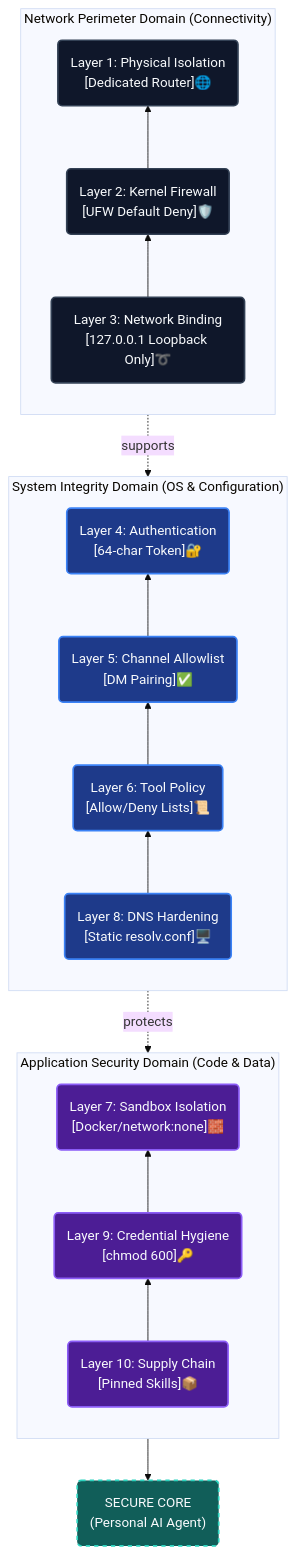
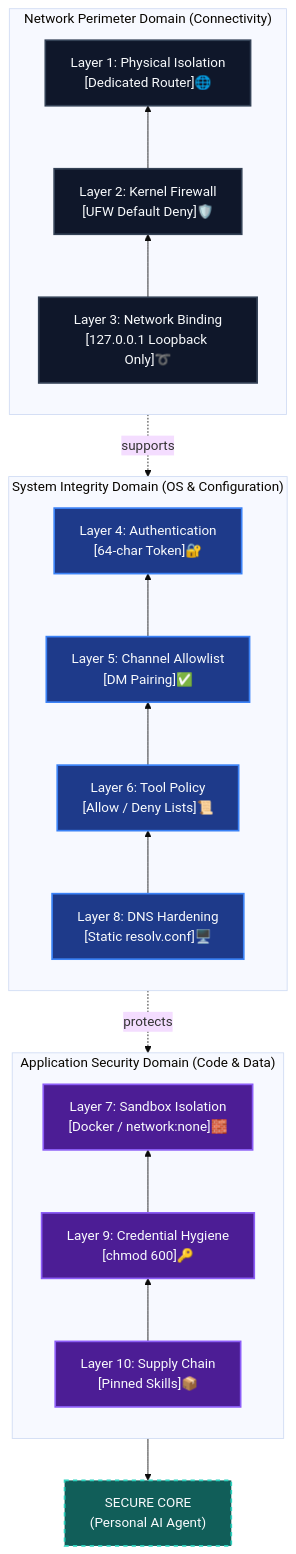
Before and after one commit to vishal8shah/openclaw-personal-ai-agent: the first of 3 diagrams in docs-site/docs/security.md, drawn with Mermaid (base theme).

Commit message:
docs: fix Diagram 1 — replace subgraph-to-subgraph edges with node-to-node links for Mermaid compatibility

````diff
--- a/docs-site/docs/security.md
+++ b/docs-site/docs/security.md
@@ -16,43 +16,41 @@
 ```mermaid
 graph TD
     %% Functional Color-Coding for Defense Domains
     classDef network fill:#0f172a,stroke:#334155,stroke-width:2px,color:#f8fafc;
     classDef system fill:#1e3a8a,stroke:#3b82f6,stroke-width:2px,color:#f8fafc;
     classDef app fill:#4c1d95,stroke:#8b5cf6,stroke-width:2px,color:#f8fafc;
     classDef core fill:#115e59,stroke:#2dd4bf,stroke-width:2px,color:#f8fafc,stroke-dasharray: 5 5;
 
-    %% Logical Flow - All Defenses Converge on the Agent
-    subgraph AppDomain ["Application Security Domain (Code & Data)"]
+    subgraph AppDomain["Application Security Domain (Code & Data)"]
         direction BT
-        L10("Layer 10: Supply Chain<br/>[Pinned Skills]📦"):::app
-        L9("Layer 9: Credential Hygiene<br/>[chmod 600]🔑"):::app
-        L7("Layer 7: Sandbox Isolation<br/>[Docker/network:none]🧱"):::app
+        L10["Layer 10: Supply Chain<br/>[Pinned Skills]📦"]:::app
+        L9["Layer 9: Credential Hygiene<br/>[chmod 600]🔑"]:::app
+        L7["Layer 7: Sandbox Isolation<br/>[Docker / network:none]🧱"]:::app
         L10 --> L9 --> L7
     end
 
-    subgraph SystemDomain ["System Integrity Domain (OS & Configuration)"]
+    subgraph SystemDomain["System Integrity Domain (OS & Configuration)"]
         direction BT
-        L8("Layer 8: DNS Hardening<br/>[Static resolv.conf]🖥️"):::system
-        L6("Layer 6: Tool Policy<br/>[Allow/Deny Lists]📜"):::system
-        L5("Layer 5: Channel Allowlist<br/>[DM Pairing]✅"):::system
-        L4("Layer 4: Authentication<br/>[64-char Token]🔐"):::system
+        L8["Layer 8: DNS Hardening<br/>[Static resolv.conf]🖥️"]:::system
+        L6["Layer 6: Tool Policy<br/>[Allow / Deny Lists]📜"]:::system
+        L5["Layer 5: Channel Allowlist<br/>[DM Pairing]✅"]:::system
+        L4["Layer 4: Authentication<br/>[64-char Token]🔐"]:::system
         L8 --> L6 --> L5 --> L4
     end
 
-    subgraph NetworkDomain ["Network Perimeter Domain (Connectivity)"]
+    subgraph NetworkDomain["Network Perimeter Domain (Connectivity)"]
         direction BT
-        L3("Layer 3: Network Binding<br/>[127.0.0.1 Loopback Only]➰"):::network
-        L2("Layer 2: Kernel Firewall<br/>[UFW Default Deny]🛡️"):::network
-        L1("Layer 1: Physical Isolation<br/>[Dedicated Router]🌐"):::network
+        L3["Layer 3: Network Binding<br/>[127.0.0.1 Loopback Only]➰"]:::network
+        L2["Layer 2: Kernel Firewall<br/>[UFW Default Deny]🛡️"]:::network
+        L1["Layer 1: Physical Isolation<br/>[Dedicated Router]🌐"]:::network
         L3 --> L2 --> L1
     end
 
     %% The Converging Secure Core
-    Agent("SECURE CORE<br/>(Personal AI Agent)"):::core
+    Agent["SECURE CORE<br/>(Personal AI Agent)"]:::core
 
-    %% Connecting Domains and Peak Endpoint
-    NetworkDomain -.->|supports| SystemDomain
-    SystemDomain -.->|protects| AppDomain
-    AppDomain --> Agent
-
+    %% Cross-domain links use nodes, not subgraph identifiers
+    L3 -.->|supports| L4
+    L4 -.->|protects| L7
+    L7 --> Agent
 ```
````
